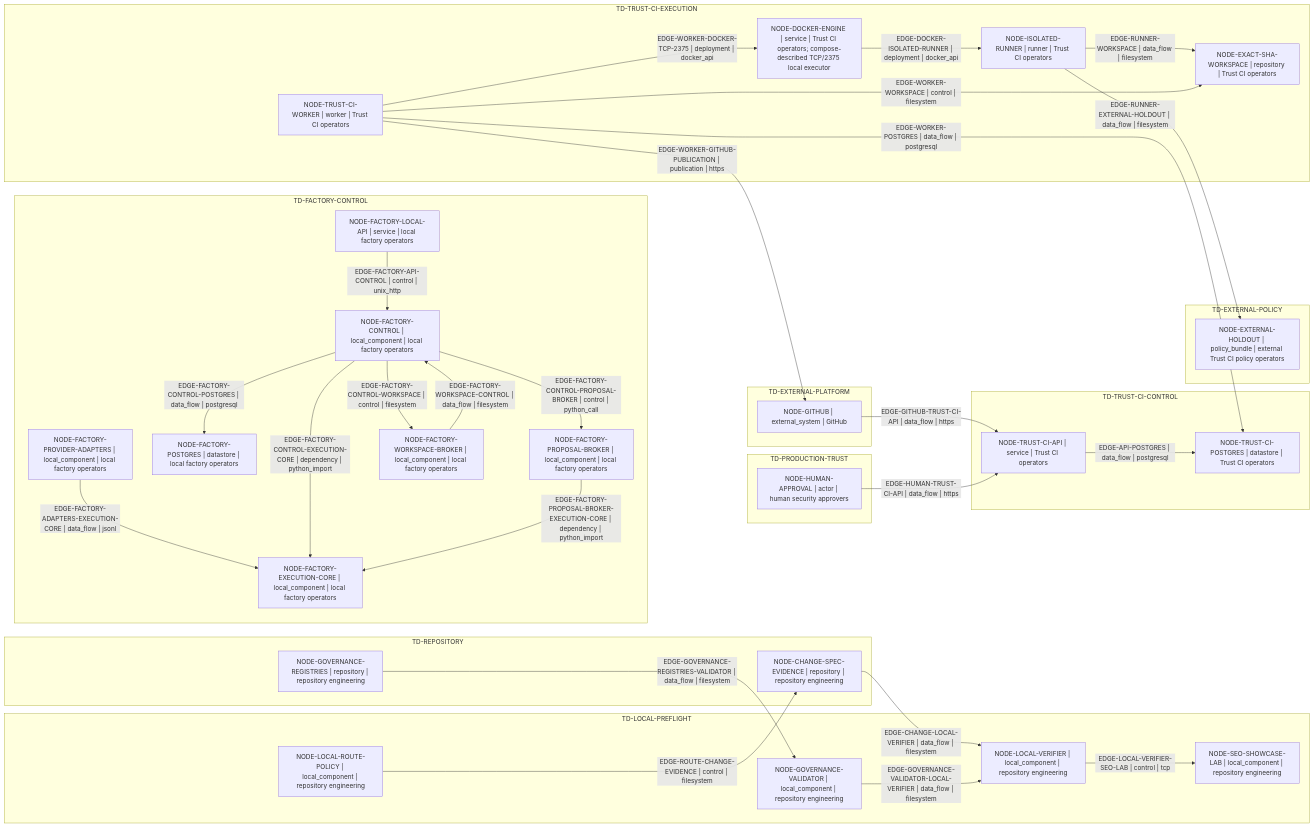
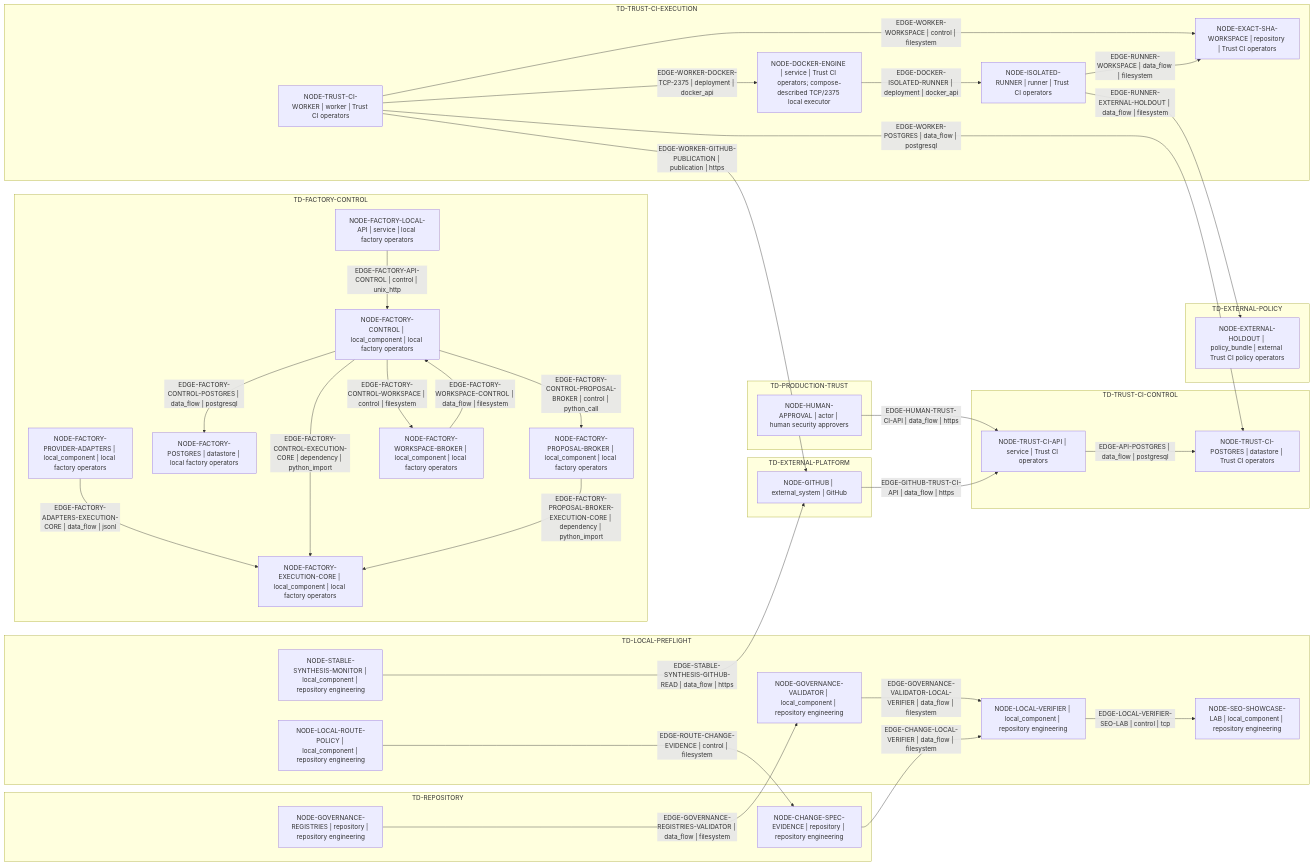
One commit to Dimkox/adaptive-grok-build-pro changed the diagram in architecture/generated/trust-boundary.mmd. Above: the diagram before and after it, drawn with Mermaid. The commit also changed 27 other files, not shown here.

Commit message:
feat: add deterministic stable workflow synthesis

```diff
--- a/architecture/generated/trust-boundary.mmd
+++ b/architecture/generated/trust-boundary.mmd
@@ -1,62 +1,64 @@
 flowchart LR
   subgraph domain_96fb748595c57dce["TD-EXTERNAL-PLATFORM"]
     node_8b8a8cd21b180532["NODE-GITHUB | external_system | GitHub"]
   end
   subgraph domain_ece8d94ff661d9fb["TD-EXTERNAL-POLICY"]
     node_0a0fe2f046a648e9["NODE-EXTERNAL-HOLDOUT | policy_bundle | external Trust CI policy operators"]
   end
   subgraph domain_c4152908c77524f2["TD-FACTORY-CONTROL"]
     node_a6c166e55f8e1784["NODE-FACTORY-CONTROL | local_component | local factory operators"]
     node_0a087cfaed95a8ad["NODE-FACTORY-EXECUTION-CORE | local_component | local factory operators"]
     node_93915052ae8a2e67["NODE-FACTORY-LOCAL-API | service | local factory operators"]
     node_a77de286f8308fd4["NODE-FACTORY-POSTGRES | datastore | local factory operators"]
     node_21b552fdfa11f1c2["NODE-FACTORY-PROPOSAL-BROKER | local_component | local factory operators"]
     node_fae11f6a95d982dc["NODE-FACTORY-PROVIDER-ADAPTERS | local_component | local factory operators"]
     node_23f89cd7152cc030["NODE-FACTORY-WORKSPACE-BROKER | local_component | local factory operators"]
   end
   subgraph domain_fa5ae843eb45e375["TD-LOCAL-PREFLIGHT"]
     node_23677f8757246623["NODE-GOVERNANCE-VALIDATOR | local_component | repository engineering"]
     node_770cf3a1783e8525["NODE-LOCAL-ROUTE-POLICY | local_component | repository engineering"]
     node_23bed8fcbfc79861["NODE-LOCAL-VERIFIER | local_component | repository engineering"]
     node_d4421144c1dd4abe["NODE-SEO-SHOWCASE-LAB | local_component | repository engineering"]
+    node_3905a6d4c0daa763["NODE-STABLE-SYNTHESIS-MONITOR | local_component | repository engineering"]
   end
   subgraph domain_93c532f149d3e2d5["TD-PRODUCTION-TRUST"]
     node_e4e37173e410ad23["NODE-HUMAN-APPROVAL | actor | human security approvers"]
   end
   subgraph domain_734c10023f9857a2["TD-REPOSITORY"]
     node_8938bd3db1932751["NODE-CHANGE-SPEC-EVIDENCE | repository | repository engineering"]
     node_dfd1104494c6ab8f["NODE-GOVERNANCE-REGISTRIES | repository | repository engineering"]
   end
   subgraph domain_7f80d82d053144ab["TD-TRUST-CI-CONTROL"]
     node_d0e570b2fbe52f98["NODE-TRUST-CI-API | service | Trust CI operators"]
     node_1a6c7efb2d08591b["NODE-TRUST-CI-POSTGRES | datastore | Trust CI operators"]
   end
   subgraph domain_65e7aeb3bb37c460["TD-TRUST-CI-EXECUTION"]
     node_4e78270f61d78ed8["NODE-DOCKER-ENGINE | service | Trust CI operators; compose-described TCP/2375 local executor"]
     node_2e8a7072de3f3743["NODE-EXACT-SHA-WORKSPACE | repository | Trust CI operators"]
     node_1c3a10ba26a8e80d["NODE-ISOLATED-RUNNER | runner | Trust CI operators"]
     node_070dda93443dcc1f["NODE-TRUST-CI-WORKER | worker | Trust CI operators"]
   end
   node_d0e570b2fbe52f98 -->|"EDGE-API-POSTGRES | data_flow | postgresql"| node_1a6c7efb2d08591b
   node_8938bd3db1932751 -->|"EDGE-CHANGE-LOCAL-VERIFIER | data_flow | filesystem"| node_23bed8fcbfc79861
   node_4e78270f61d78ed8 -->|"EDGE-DOCKER-ISOLATED-RUNNER | deployment | docker_api"| node_1c3a10ba26a8e80d
   node_fae11f6a95d982dc -->|"EDGE-FACTORY-ADAPTERS-EXECUTION-CORE | data_flow | jsonl"| node_0a087cfaed95a8ad
   node_93915052ae8a2e67 -->|"EDGE-FACTORY-API-CONTROL | control | unix_http"| node_a6c166e55f8e1784
   node_a6c166e55f8e1784 -->|"EDGE-FACTORY-CONTROL-EXECUTION-CORE | dependency | python_import"| node_0a087cfaed95a8ad
   node_a6c166e55f8e1784 -->|"EDGE-FACTORY-CONTROL-POSTGRES | data_flow | postgresql"| node_a77de286f8308fd4
   node_a6c166e55f8e1784 -->|"EDGE-FACTORY-CONTROL-PROPOSAL-BROKER | control | python_call"| node_21b552fdfa11f1c2
   node_a6c166e55f8e1784 -->|"EDGE-FACTORY-CONTROL-WORKSPACE | control | filesystem"| node_23f89cd7152cc030
   node_21b552fdfa11f1c2 -->|"EDGE-FACTORY-PROPOSAL-BROKER-EXECUTION-CORE | dependency | python_import"| node_0a087cfaed95a8ad
   node_23f89cd7152cc030 -->|"EDGE-FACTORY-WORKSPACE-CONTROL | data_flow | filesystem"| node_a6c166e55f8e1784
   node_8b8a8cd21b180532 -->|"EDGE-GITHUB-TRUST-CI-API | data_flow | https"| node_d0e570b2fbe52f98
   node_dfd1104494c6ab8f -->|"EDGE-GOVERNANCE-REGISTRIES-VALIDATOR | data_flow | filesystem"| node_23677f8757246623
   node_23677f8757246623 -->|"EDGE-GOVERNANCE-VALIDATOR-LOCAL-VERIFIER | data_flow | filesystem"| node_23bed8fcbfc79861
   node_e4e37173e410ad23 -->|"EDGE-HUMAN-TRUST-CI-API | data_flow | https"| node_d0e570b2fbe52f98
   node_23bed8fcbfc79861 -->|"EDGE-LOCAL-VERIFIER-SEO-LAB | control | tcp"| node_d4421144c1dd4abe
   node_770cf3a1783e8525 -->|"EDGE-ROUTE-CHANGE-EVIDENCE | control | filesystem"| node_8938bd3db1932751
   node_1c3a10ba26a8e80d -->|"EDGE-RUNNER-EXTERNAL-HOLDOUT | data_flow | filesystem"| node_0a0fe2f046a648e9
   node_1c3a10ba26a8e80d -->|"EDGE-RUNNER-WORKSPACE | data_flow | filesystem"| node_2e8a7072de3f3743
+  node_3905a6d4c0daa763 -->|"EDGE-STABLE-SYNTHESIS-GITHUB-READ | data_flow | https"| node_8b8a8cd21b180532
   node_070dda93443dcc1f -->|"EDGE-WORKER-DOCKER-TCP-2375 | deployment | docker_api"| node_4e78270f61d78ed8
   node_070dda93443dcc1f -->|"EDGE-WORKER-GITHUB-PUBLICATION | publication | https"| node_8b8a8cd21b180532
   node_070dda93443dcc1f -->|"EDGE-WORKER-POSTGRES | data_flow | postgresql"| node_1a6c7efb2d08591b
   node_070dda93443dcc1f -->|"EDGE-WORKER-WORKSPACE | control | filesystem"| node_2e8a7072de3f3743
```
